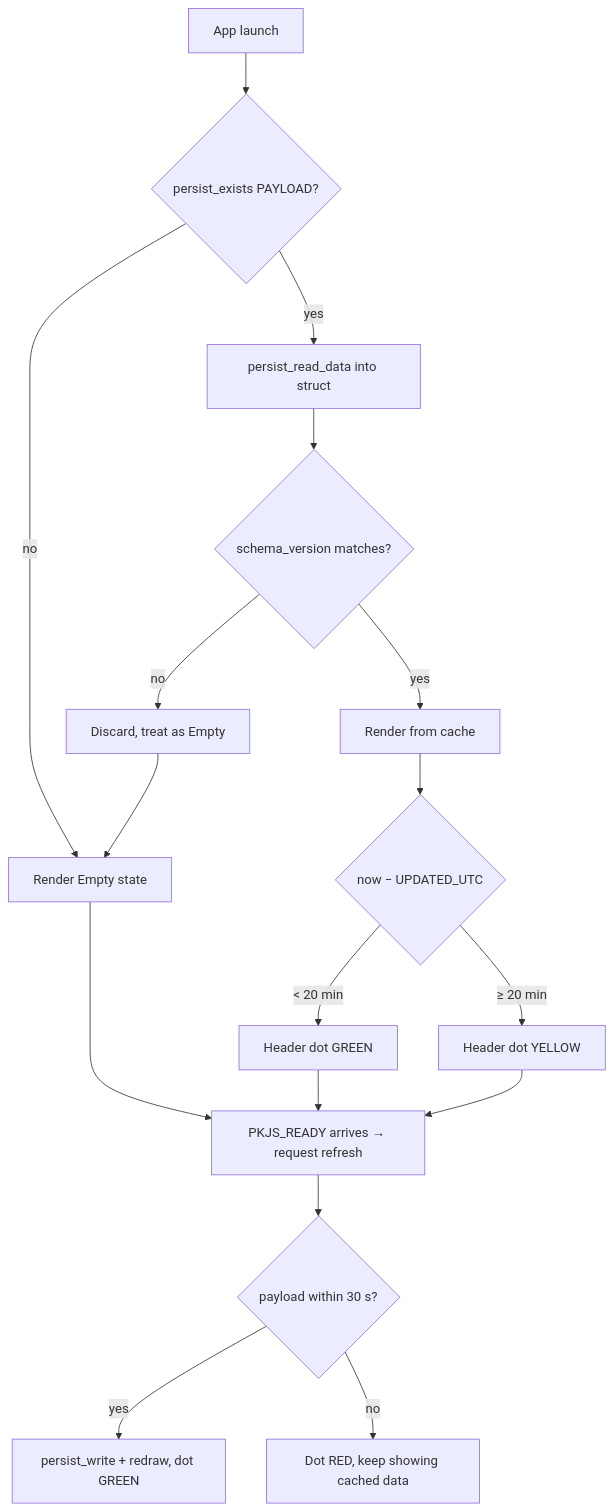
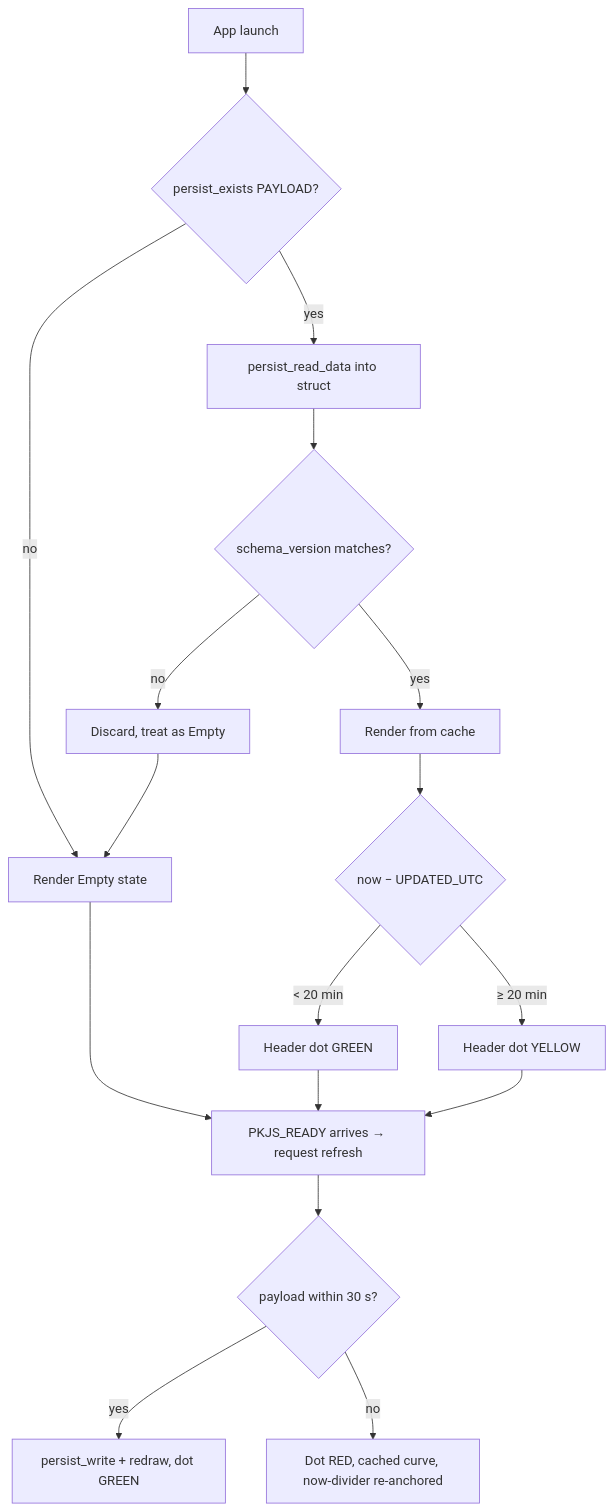
One commit to iconoptic/Pebble-Aethercast changed the fifth of 6 diagrams in PLAN.md. Above: the diagram before and after it, drawn with Mermaid. The commit also changed other lines of this file and 17 other files, not shown here.

````diff
--- a/PLAN.md
+++ b/PLAN.md
@@ -369,18 +373,18 @@
 ```mermaid
 flowchart TD
     A[App launch] --> B{persist_exists PAYLOAD?}
     B -- no --> C[Render Empty state]
     B -- yes --> D[persist_read_data into struct]
     D --> E{schema_version matches?}
     E -- no --> F[Discard, treat as Empty] --> C
     E -- yes --> G[Render from cache]
     G --> H{now − UPDATED_UTC}
     H -- "< 20 min" --> I[Header dot GREEN]
     H -- "≥ 20 min" --> J[Header dot YELLOW]
     C --> K
     I --> K
     J --> K[PKJS_READY arrives → request refresh]
     K --> L{payload within 30 s?}
     L -- yes --> M[persist_write + redraw, dot GREEN]
-    L -- no --> N[Dot RED, keep showing cached data]
+    L -- no --> N[Dot RED, cached curve, now-divider re-anchored]
 ```
````
